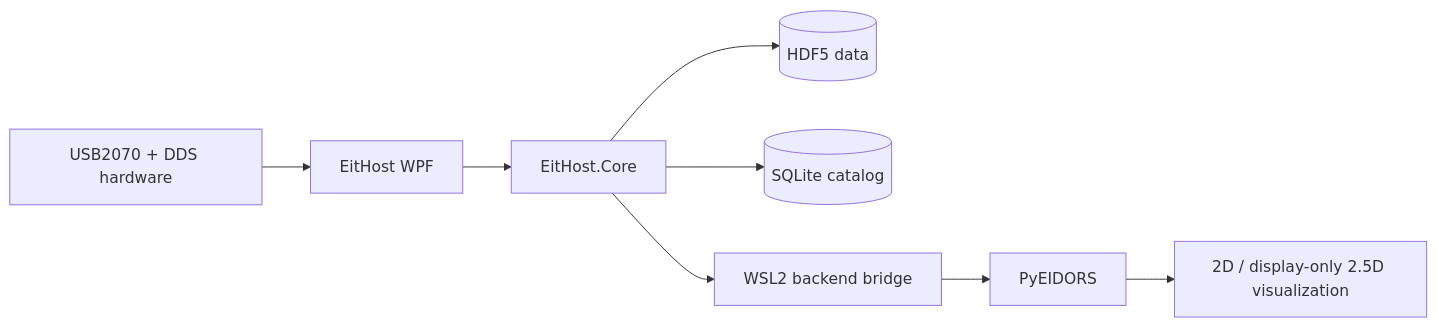
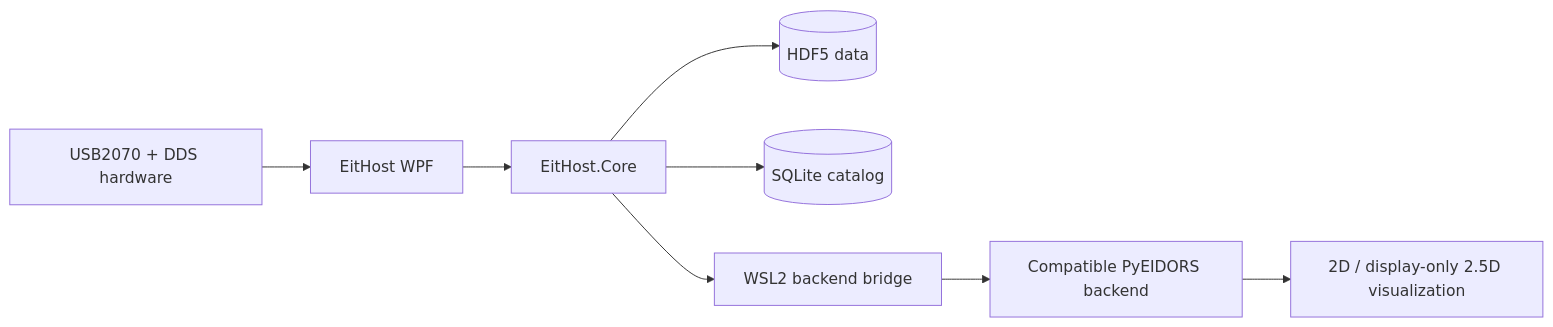
The diagram in README.md (CBZ199671/EitHost), drawn with Mermaid before and after one commit. The commit also changed other lines of this file and 2 other files, not shown here.

Commit message:
docs: clarify PyEIDORS v2 availability

````diff
--- a/README.md
+++ b/README.md
@@ -34,10 +36,10 @@
 ```mermaid
 flowchart LR
     H[USB2070 + DDS hardware] --> A[EitHost WPF]
     A --> C[EitHost.Core]
     C --> H5[(HDF5 data)]
     C --> DB[(SQLite catalog)]
     C --> B[WSL2 backend bridge]
-    B --> P[PyEIDORS]
+    B --> P[Compatible PyEIDORS backend]
     P --> V[2D / display-only 2.5D visualization]
 ```
````
